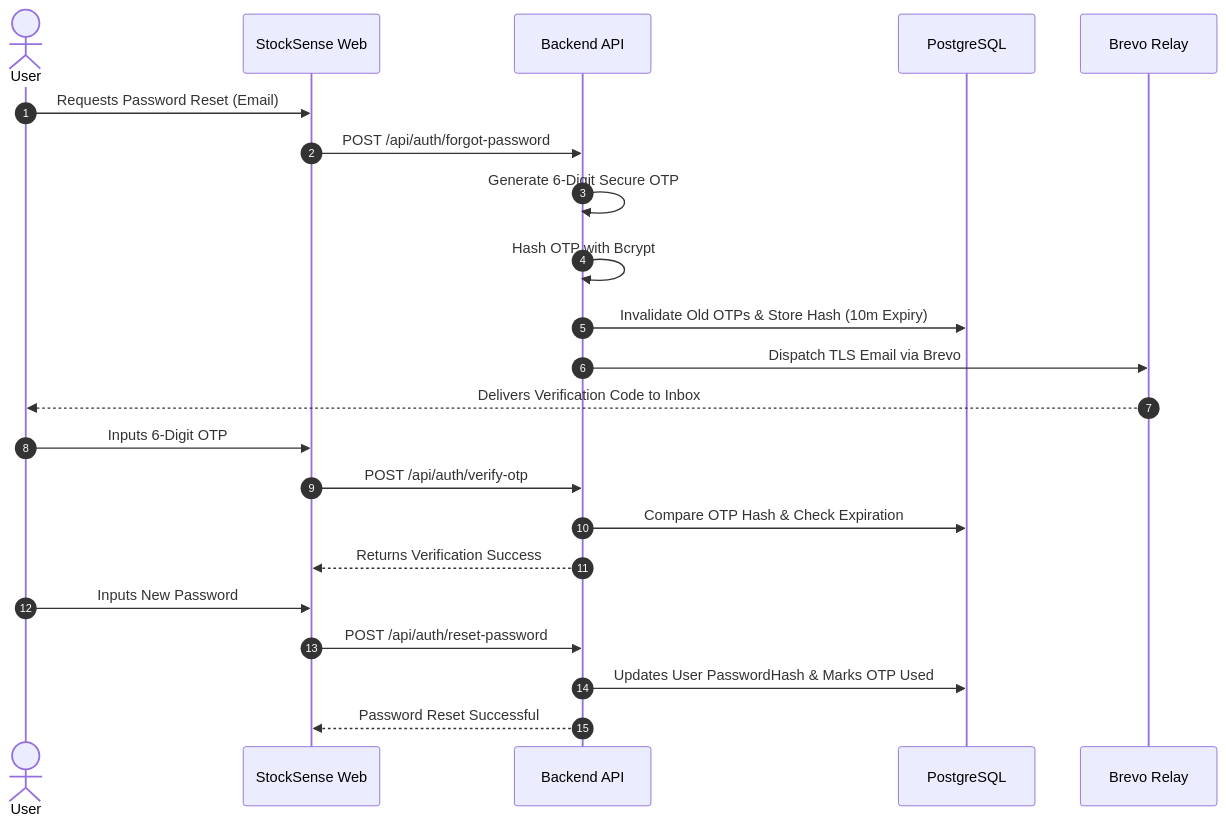
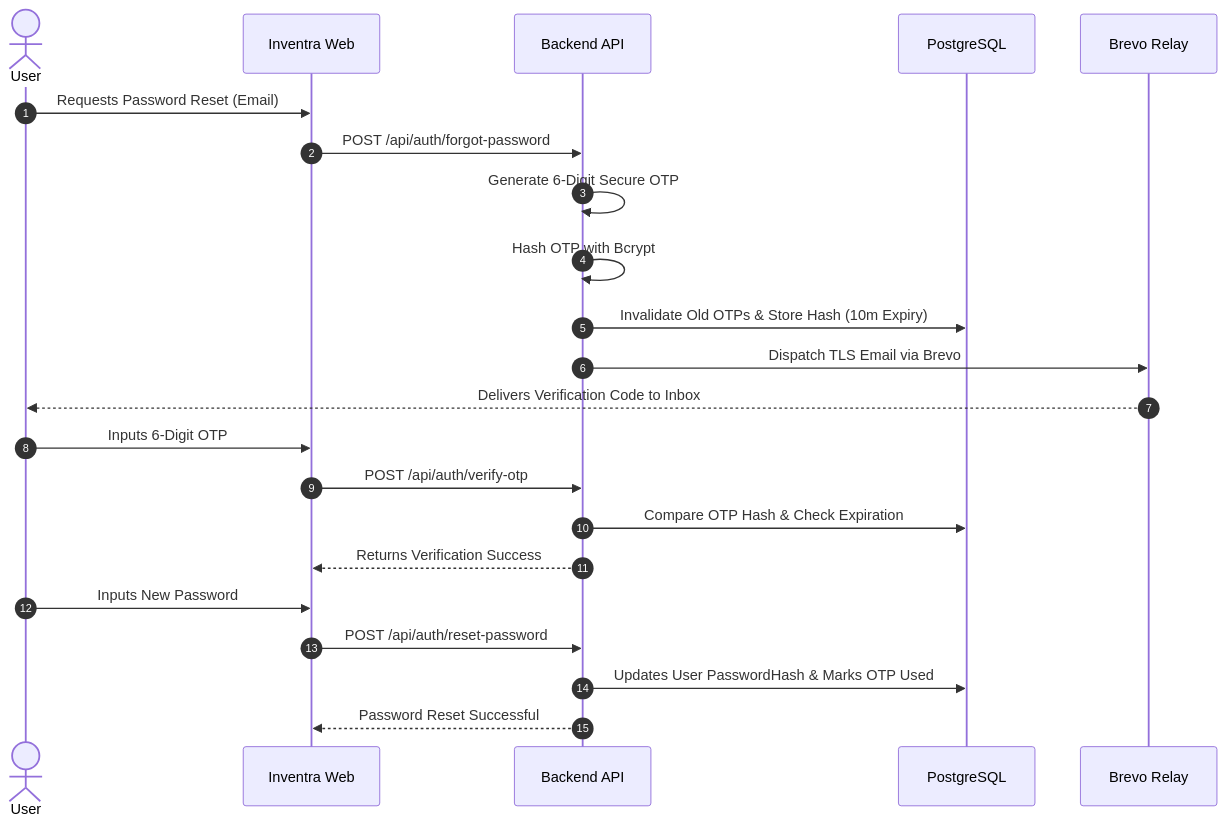
The third of 4 diagrams in README.md (harshit-kumar-dev/Inventra), drawn with Mermaid before and after one commit. The commit also changed other lines of this file and 26 other files, not shown here.

````diff
--- a/README.md
+++ b/README.md
@@ -280,25 +280,25 @@
 ```mermaid
 sequenceDiagram
     autonumber
     actor User
-    participant Web as StockSense Web
+    participant Web as Inventra Web
     participant API as Backend API
     participant DB as PostgreSQL
     participant SMTP as Brevo Relay
 
     User->>Web: Requests Password Reset (Email)
     Web->>API: POST /api/auth/forgot-password
     API->>API: Generate 6-Digit Secure OTP
     API->>API: Hash OTP with Bcrypt
     API->>DB: Invalidate Old OTPs & Store Hash (10m Expiry)
     API->>SMTP: Dispatch TLS Email via Brevo
     SMTP-->>User: Delivers Verification Code to Inbox
     User->>Web: Inputs 6-Digit OTP
     Web->>API: POST /api/auth/verify-otp
     API->>DB: Compare OTP Hash & Check Expiration
     API-->>Web: Returns Verification Success
     User->>Web: Inputs New Password
     Web->>API: POST /api/auth/reset-password
     API->>DB: Updates User PasswordHash & Marks OTP Used
     API-->>Web: Password Reset Successful
 ```
````
